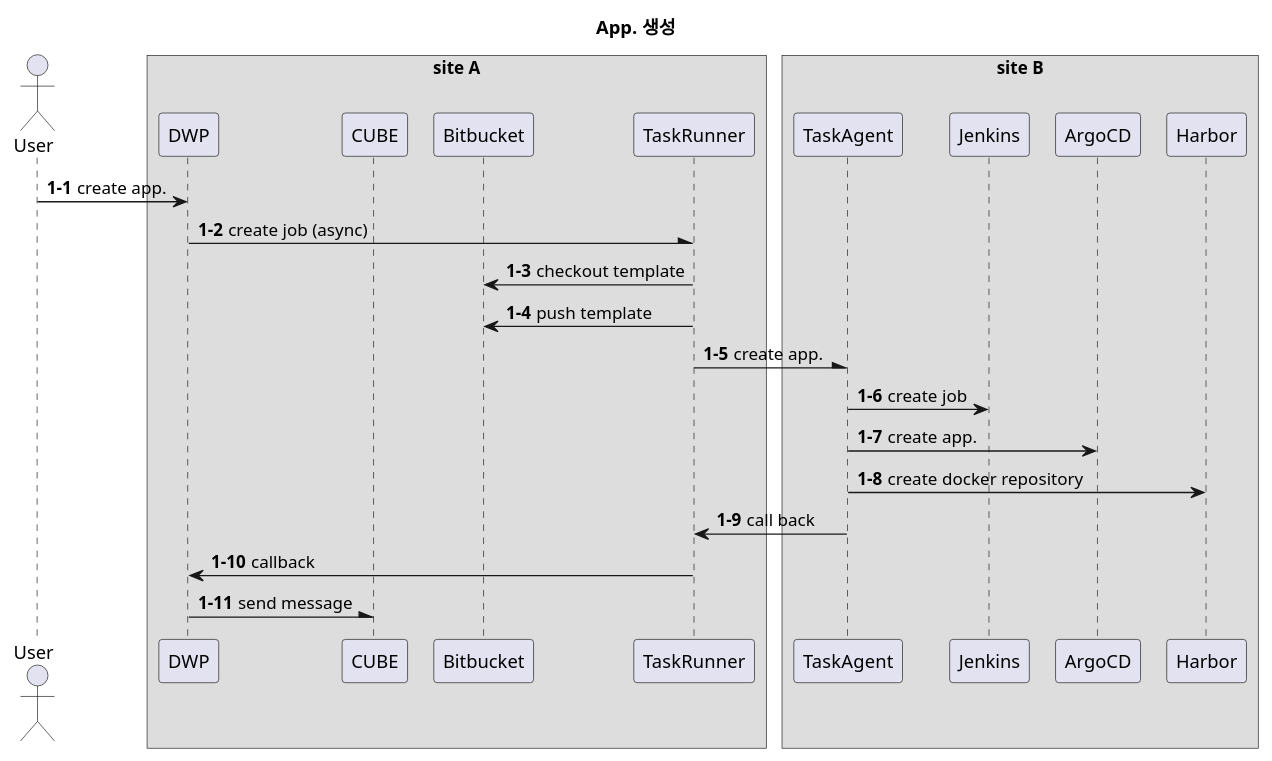
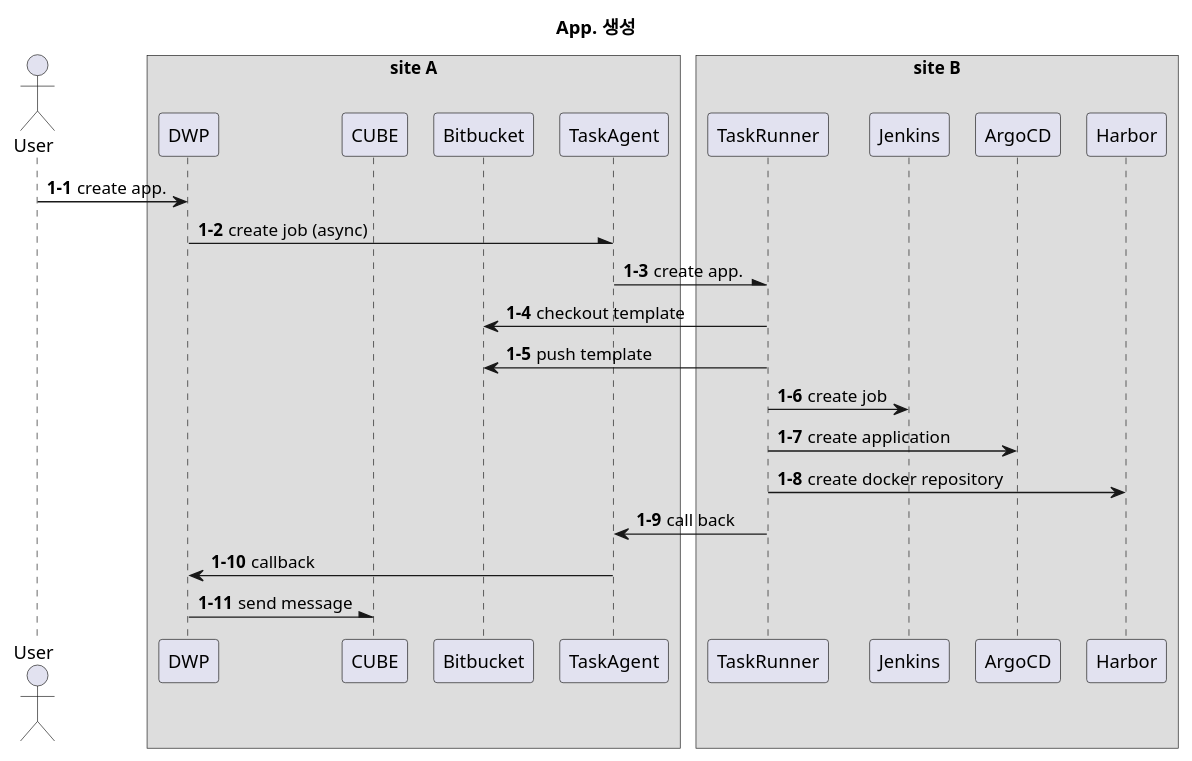
One commit to kloudbank/htdp1.github.io changed the fourth of 6 diagrams in docs/src/multi-cloud/diagram.md. Above: the diagram before and after it, drawn with PlantUML. The commit also changed other lines of this file, not shown here.

```diff
--- a/docs/src/multi-cloud/diagram.md
+++ b/docs/src/multi-cloud/diagram.md
@@ -117,35 +122,35 @@
 @startuml
 
 scale 1
 skinparam ParticipantPadding 5
 skinparam BoxPadding 5
 title "App. 생성"
 
 actor User
 box "site A"
 participant DWP
 participant CUBE
 participant Bitbucket
-participant TaskRunner
+participant TaskAgent
 end box
 box "site B"
-participant TaskAgent
+participant TaskRunner
 participant Jenkins
 participant ArgoCD
 participant Harbor
 end box
 
 autonumber 1-1
 User -> DWP : create app.
-DWP -\ TaskRunner : create job (async)
+DWP -\ TaskAgent : create job (async)
+TaskAgent -\ TaskRunner : create app.
 TaskRunner -> Bitbucket : checkout template
 TaskRunner -> Bitbucket : push template
-TaskRunner -\ TaskAgent : create app.
-TaskAgent -> Jenkins : create job
-TaskAgent -> ArgoCD : create app.
-TaskAgent -> Harbor : create docker repository
-TaskAgent -> TaskRunner : call back
-TaskRunner -> DWP : callback
+TaskRunner -> Jenkins : create job
+TaskRunner -> ArgoCD : create application
+TaskRunner -> Harbor : create docker repository
+TaskRunner -> TaskAgent : call back
+TaskAgent -> DWP : callback
 DWP -\ CUBE : send message
 
 @enduml
```
